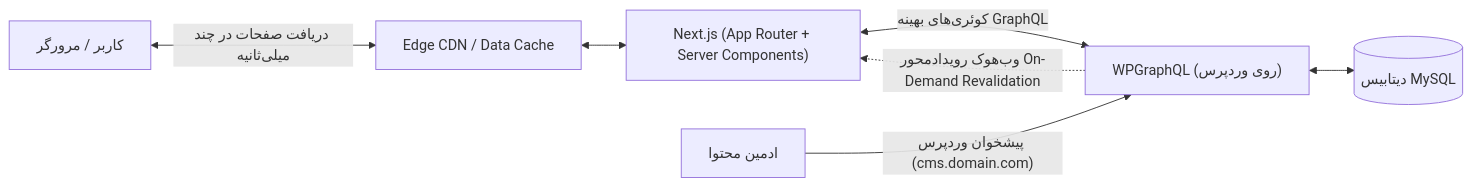
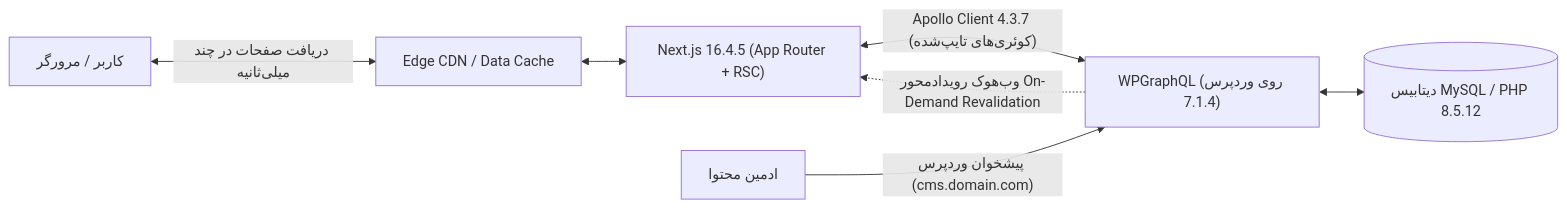
Before and after one commit to herehossein/headlessWP-nextJS: the diagram in README.md, drawn with Mermaid. The commit also changed other lines of this file and 1 other file, not shown here.

````diff
--- a/README.md
+++ b/README.md
@@ -15,9 +31,9 @@
 ```mermaid
 flowchart LR
     A["کاربر / مرورگر"] <-->|"دریافت صفحات در چند میلی‌ثانیه"| B["Edge CDN / Data Cache"]
-    B <--> C["Next.js (App Router + Server Components)"]
-    C <-->|"کوئری‌های بهینه GraphQL"| D["WPGraphQL (روی وردپرس)"]
-    D <--> E[(دیتابیس MySQL)]
+    B <--> C["Next.js 16.4.5 (App Router + RSC)"]
+    C <-->|"Apollo Client 4.3.7 (کوئری‌های تایپ‌شده)"| D["WPGraphQL (روی وردپرس 7.1.4)"]
+    D <--> E[(دیتابیس MySQL / PHP 8.5.12)]
     F["ادمین محتوا"] -->|"پیشخوان وردپرس (cms.domain.com)"| D
     D -.->|"وب‌هوک رویدادمحور On-Demand Revalidation"| C
 ```
````
